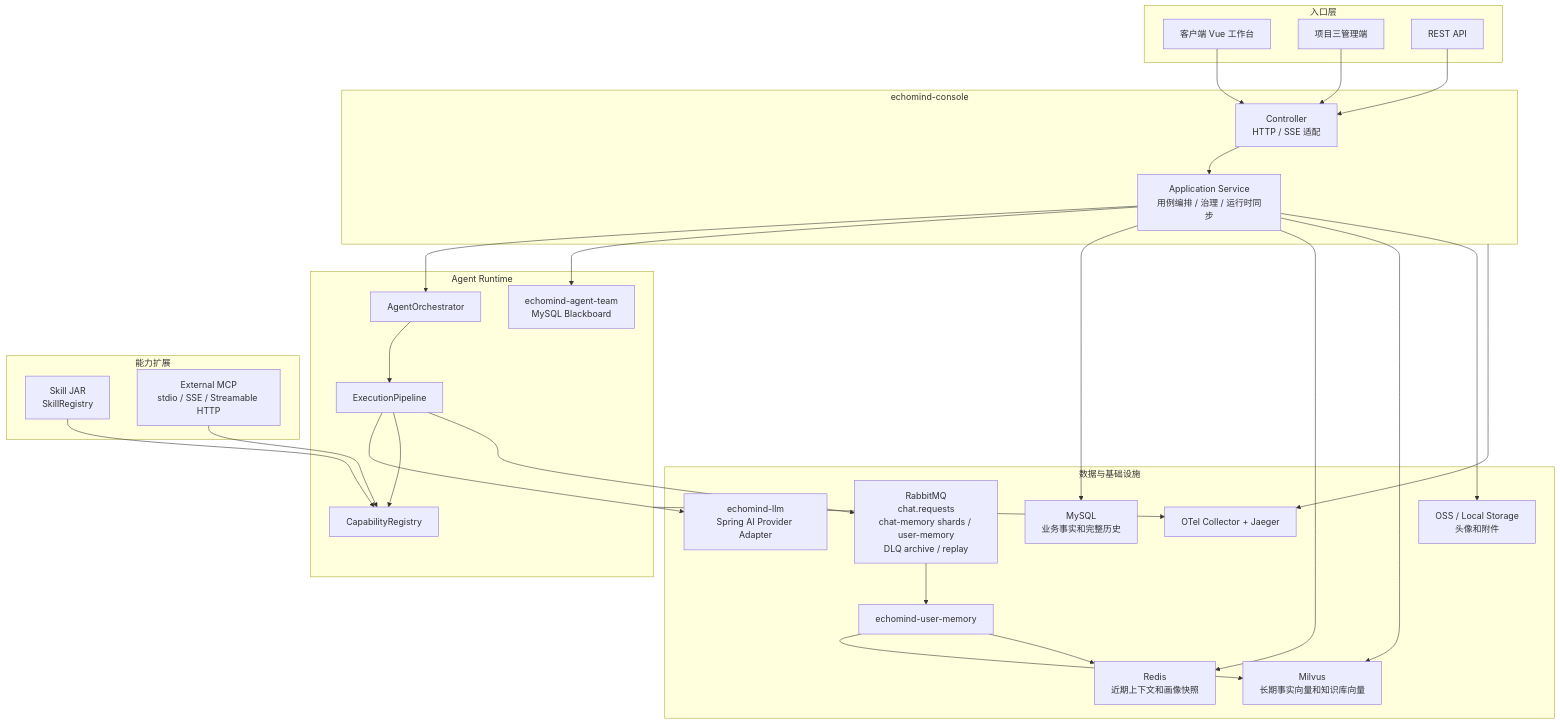
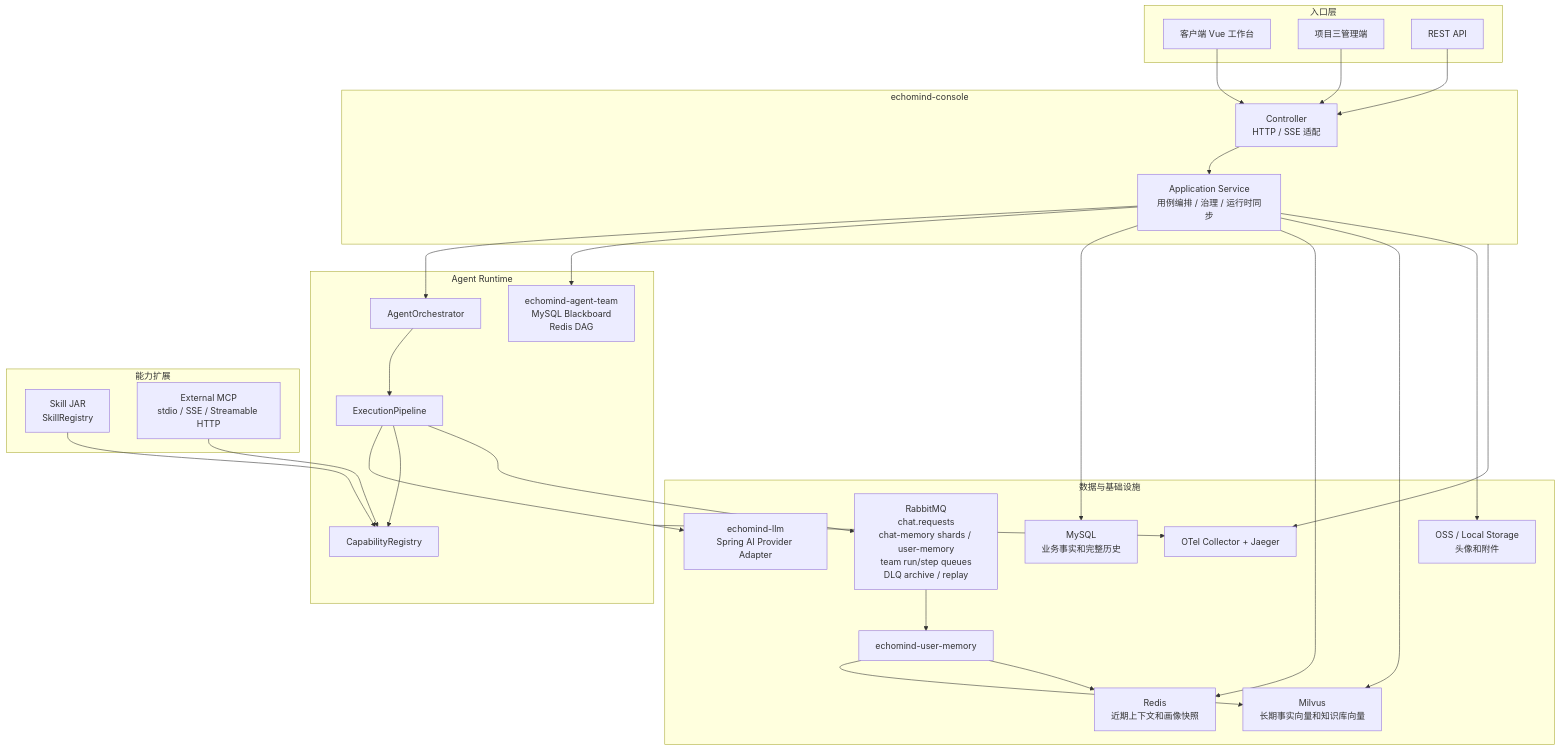
The diagram in docs/harness/AGENTS.md (kaiyue-ai/EchoMind), drawn with Mermaid before and after one commit. The commit also changed other lines of this file and 52 other files, not shown here.

First line of the commit message:
Fix team DAG execution and remove clarification flow

````diff
--- a/docs/harness/AGENTS.md
+++ b/docs/harness/AGENTS.md
@@ -22,58 +22,58 @@
 ```mermaid
 flowchart TB
     subgraph Entry["入口层"]
         Client["客户端 Vue 工作台"]
         Admin["项目三管理端"]
         API["REST API"]
     end
 
     subgraph Console["echomind-console"]
         Controller["Controller<br/>HTTP / SSE 适配"]
         Service["Application Service<br/>用例编排 / 治理 / 运行时同步"]
     end
 
     subgraph AgentRuntime["Agent Runtime"]
         Orchestrator["AgentOrchestrator"]
         Pipeline["ExecutionPipeline"]
         Capability["CapabilityRegistry"]
-        Team["echomind-agent-team<br/>MySQL Blackboard"]
+        Team["echomind-agent-team<br/>MySQL Blackboard<br/>Redis DAG"]
     end
 
     subgraph Extension["能力扩展"]
         Skills["Skill JAR<br/>SkillRegistry"]
         ExternalMcp["External MCP<br/>stdio / SSE / Streamable HTTP"]
     end
 
     subgraph DataAndInfra["数据与基础设施"]
         LLM["echomind-llm<br/>Spring AI Provider Adapter"]
         MySQL["MySQL<br/>业务事实和完整历史"]
         Redis["Redis<br/>近期上下文和画像快照"]
         Milvus["Milvus<br/>长期事实向量和知识库向量"]
-        Rabbit["RabbitMQ<br/>chat.requests<br/>chat-memory shards / user-memory<br/>DLQ archive / replay"]
+        Rabbit["RabbitMQ<br/>chat.requests<br/>chat-memory shards / user-memory<br/>team run/step queues<br/>DLQ archive / replay"]
         ObjectStore["OSS / Local Storage<br/>头像和附件"]
         Observability["OTel Collector + Jaeger"]
         UserMemory["echomind-user-memory"]
     end
 
     Client --> Controller
     Admin --> Controller
     API --> Controller
     Controller --> Service
     Service --> Orchestrator
     Service --> Team
     Orchestrator --> Pipeline
     Pipeline --> LLM
     Pipeline --> Capability
     Skills --> Capability
     ExternalMcp --> Capability
     Pipeline --> Rabbit
     Rabbit --> UserMemory
     UserMemory --> Milvus
     UserMemory --> Redis
     Service --> MySQL
     Service --> Redis
     Service --> Milvus
     Service --> ObjectStore
     Console --> Observability
     AgentRuntime --> Observability
 ```
````
